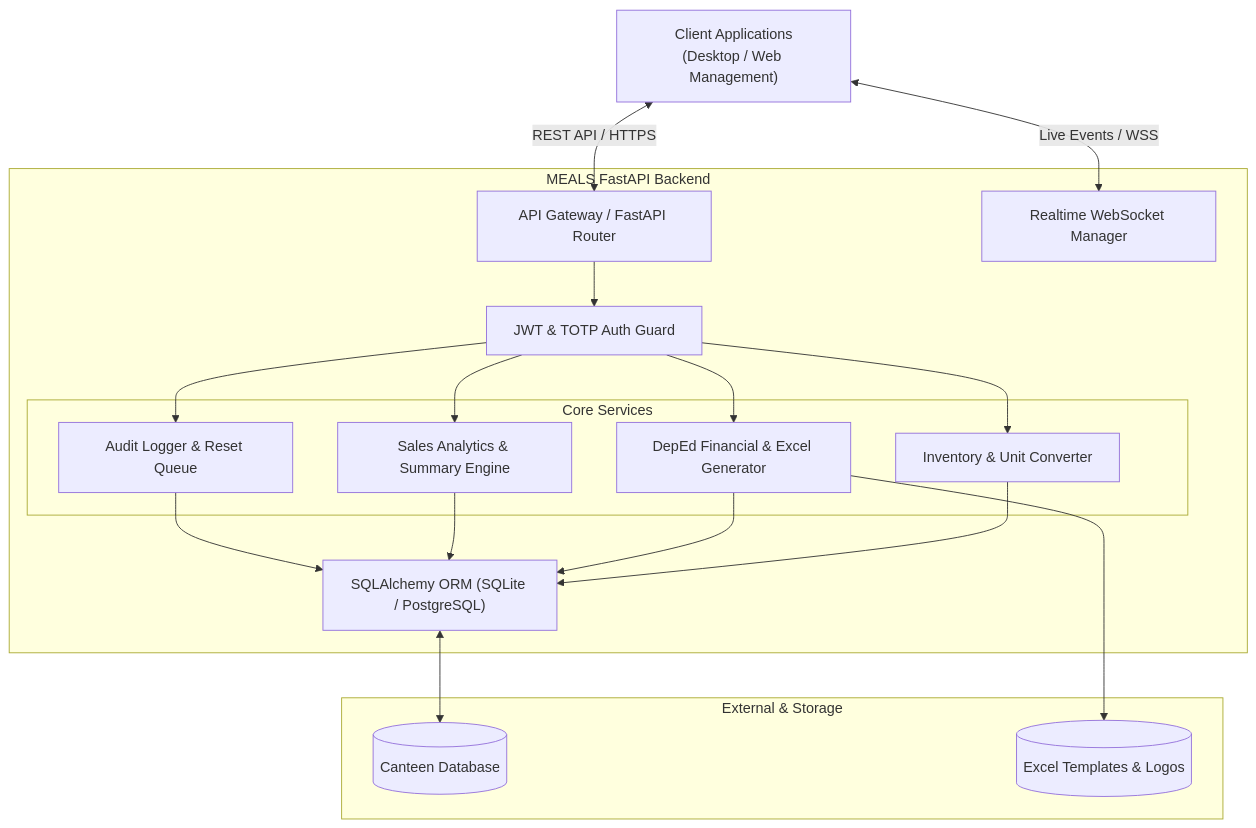
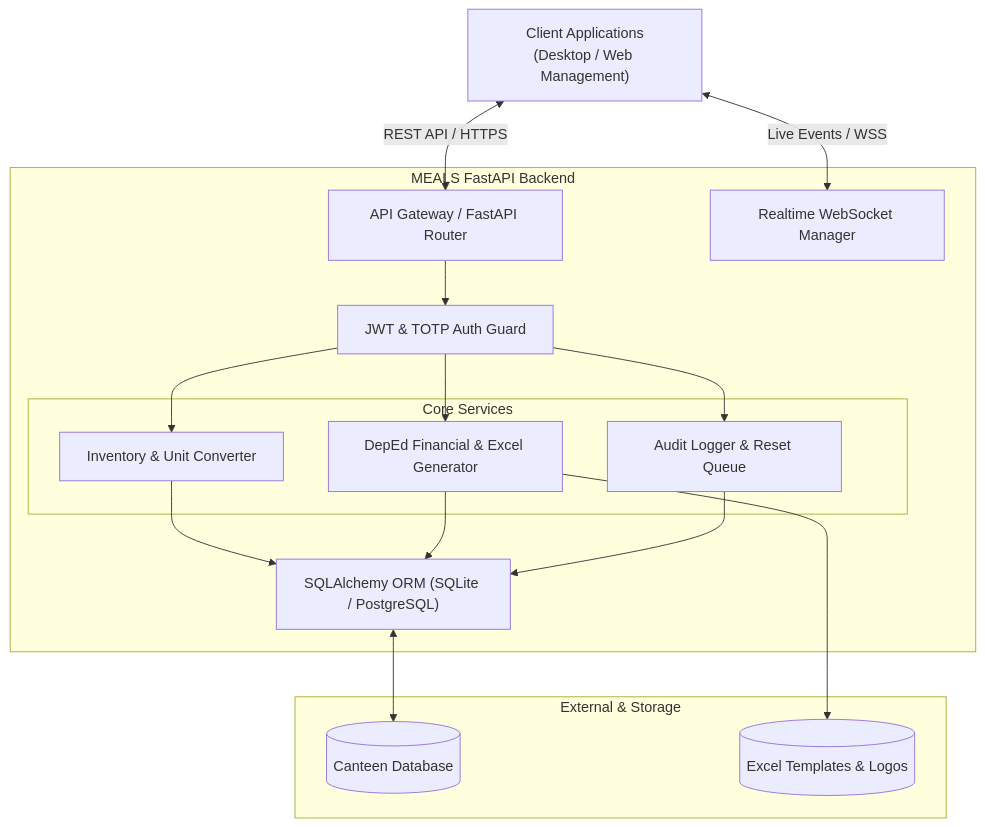
One commit to RonaldMark17/SmartCanteen changed the diagram in backend/README.md. Above: the diagram before and after it, drawn with Mermaid. The commit also changed other lines of this file and 34 other files, not shown here.

````diff
--- a/backend/README.md
+++ b/backend/README.md
@@ -61,40 +61,37 @@
 ```mermaid
 graph TD
     Client["Client Applications<br/>(Desktop / Web Management)"]
 
     subgraph "MEALS FastAPI Backend"
         Router["API Gateway / FastAPI Router"]
         AuthMiddleware["JWT & TOTP Auth Guard"]
         WebSocketHub["Realtime WebSocket Manager"]
         
         subgraph "Core Services"
             InventoryService["Inventory & Unit Converter"]
             ReportEngine["DepEd Financial & Excel Generator"]
-            AnalyticsService["Sales Analytics & Summary Engine"]
             AuditService["Audit Logger & Reset Queue"]
         end
 
         DatabaseLayer["SQLAlchemy ORM (SQLite / PostgreSQL)"]
     end
 
     subgraph "External & Storage"
         Database[(Canteen Database)]
         ExcelTemplate[("Excel Templates & Logos")]
     end
 
     Client <-->|REST API / HTTPS| Router
     Client <-->|Live Events / WSS| WebSocketHub
     Router --> AuthMiddleware
     AuthMiddleware --> InventoryService
     AuthMiddleware --> ReportEngine
-    AuthMiddleware --> AnalyticsService
     AuthMiddleware --> AuditService
 
     InventoryService --> DatabaseLayer
     ReportEngine --> DatabaseLayer
     ReportEngine --> ExcelTemplate
-    AnalyticsService --> DatabaseLayer
     AuditService --> DatabaseLayer
 
     DatabaseLayer <--> Database
 ```
````
